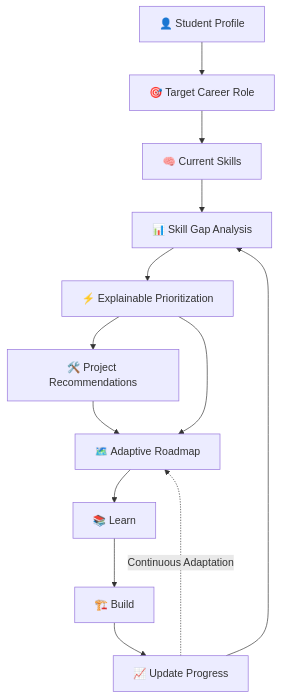
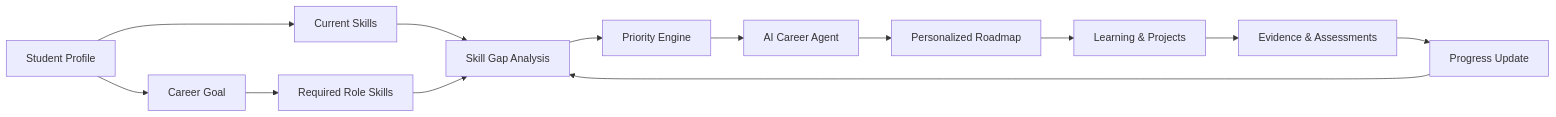
One commit to itsdivyanshuno/gaply-bnb-2026 changed the first of 7 diagrams in README.md. Above: the diagram before and after it, drawn with Mermaid. The commit also changed other lines of this file, not shown here.

````diff
--- a/README.md
+++ b/README.md
@@ -48,15 +69,15 @@
 ```mermaid
-flowchart TD
-    A["👤 Student Profile"] --> B["🎯 Target Career Role"]
-    B --> C["🧠 Current Skills"]
-    C --> D["📊 Skill Gap Analysis"]
-    D --> E["⚡ Explainable Prioritization"]
-    E --> F["🛠️ Project Recommendations"]
-    E --> G["🗺️ Adaptive Roadmap"]
-    F --> G
-    G --> H["📚 Learn"]
-    H --> I["🏗️ Build"]
-    I --> J["📈 Update Progress"]
-    J --> D
-    J -. "Continuous Adaptation" .-> G
+flowchart LR
+    A[Student Profile] --> B[Career Goal]
+    B --> C[Required Role Skills]
+    A --> D[Current Skills]
+    D --> E[Skill Gap Analysis]
+    C --> E
+    E --> F[Priority Engine]
+    F --> G[AI Career Agent]
+    G --> H[Personalized Roadmap]
+    H --> I[Learning & Projects]
+    I --> J[Evidence & Assessments]
+    J --> K[Progress Update]
+    K --> E
 ```
````
